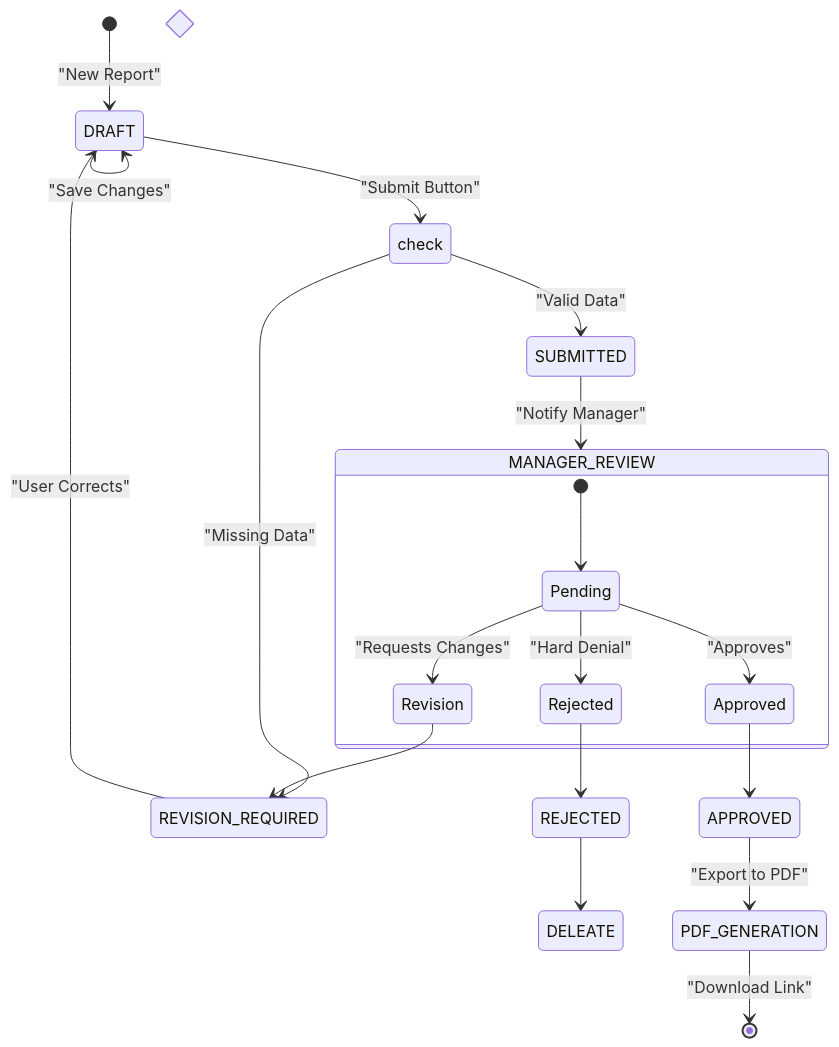
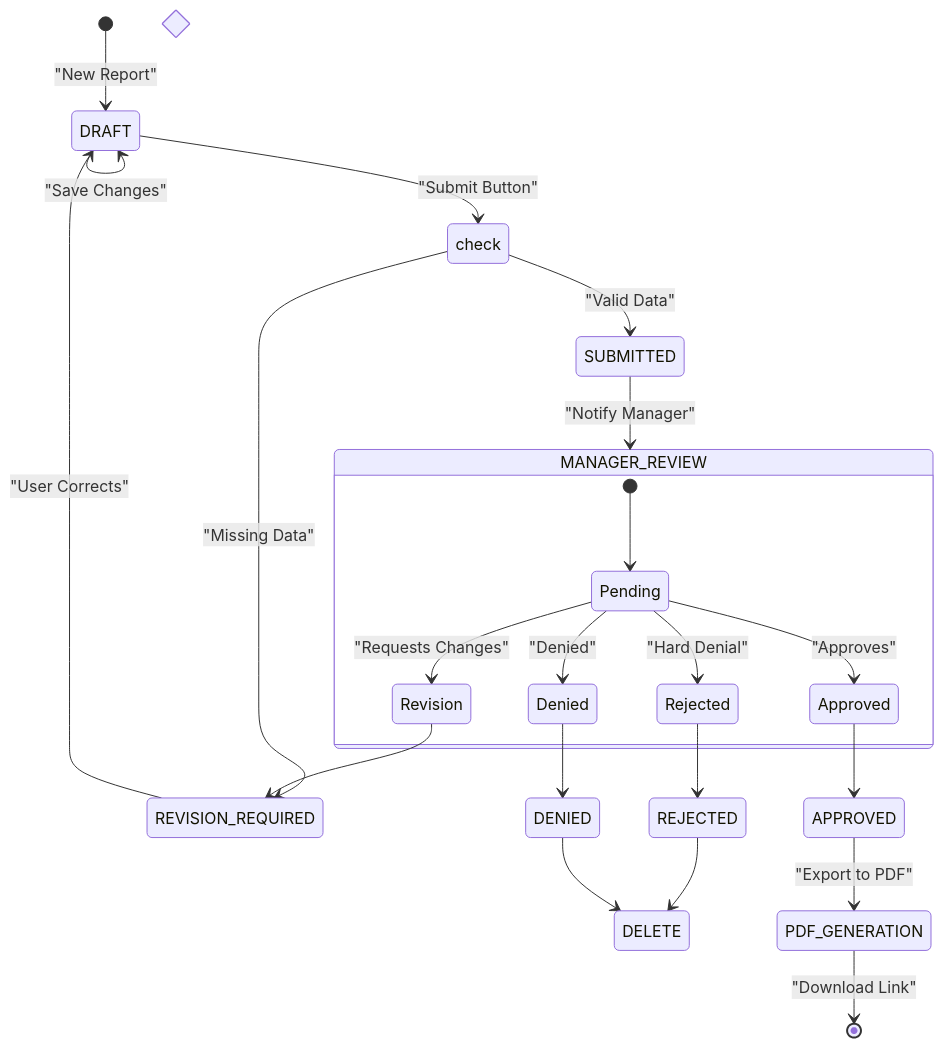
The third of 4 diagrams in README.md (Albuswolvrick/Berichts-Heft), drawn with Mermaid before and after one commit. The commit also changed other lines of this file, not shown here.

Commit message:
docs: correct ER diagram and system flow details

````diff
--- a/README.md
+++ b/README.md
@@ -391,31 +391,34 @@
 ```mermaid
 stateDiagram-v2
     [*] --> DRAFT: "New Report"
     DRAFT --> DRAFT: "Save Changes"
     
     state "Validation Check" as check <<choice>>
     DRAFT --> check: "Submit Button"
     
     check --> REVISION_REQUIRED: "Missing Data"
     check --> SUBMITTED: "Valid Data"
     
     SUBMITTED --> MANAGER_REVIEW: "Notify Manager"
     
     state MANAGER_REVIEW {
         direction LR
         [*] --> Pending
         Pending --> Approved: "Approves"
         Pending --> Revision: "Requests Changes"
         Pending --> Rejected: "Hard Denial"
+        Pending --> Denied: "Denied"
     }
     
     Approved --> APPROVED
     Revision --> REVISION_REQUIRED
     Rejected --> REJECTED
-    REJECTED --> DELEATE
+    Denied --> DENIED
+    REJECTED --> DELETE
+    DENIED --> DELETE
     
     REVISION_REQUIRED --> DRAFT: "User Corrects"
     
     APPROVED --> PDF_GENERATION: "Export to PDF"
     PDF_GENERATION --> [*]: "Download Link"
 ```
````
